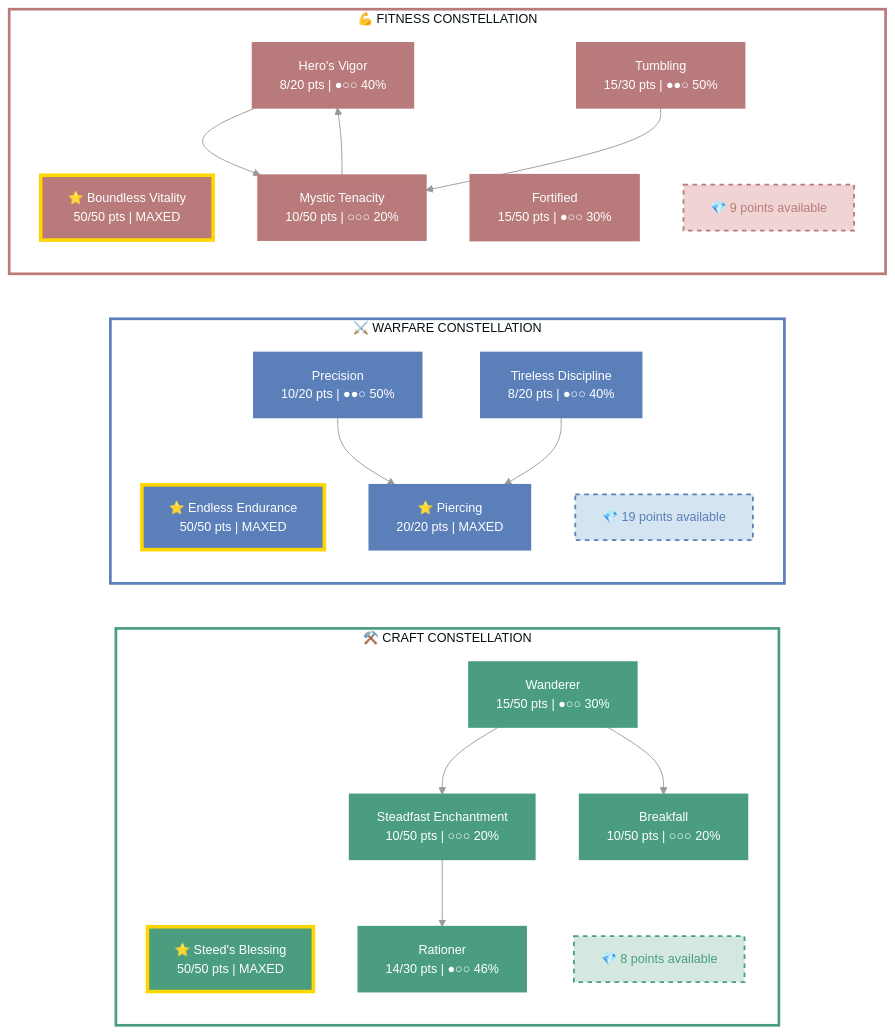
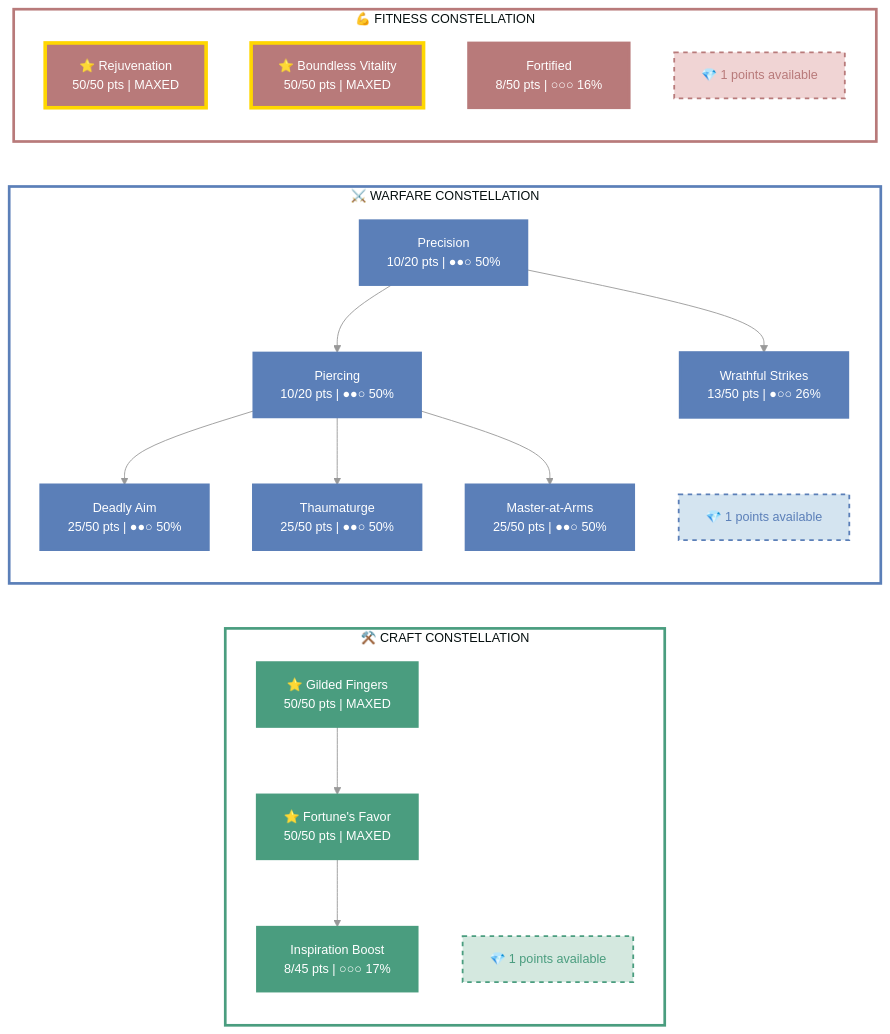
Before and after one commit to solaegis/CharacterMarkdown: the first of 2 diagrams in examples/Siyah-ayi.md, drawn with Mermaid. The commit also changed other lines of this file and 20 other files, not shown here.

```diff
--- a/examples/Siyah-ayi.md
+++ b/examples/Siyah-ayi.md
@@ -312,81 +311,76 @@
   %% Enhanced readability with clear visual hierarchy
 
   %% ========================================
-  %% ⚒️ CRAFT CONSTELLATION (99/564 pts)
+  %% ⚒️ CRAFT CONSTELLATION (108/564 pts)
   %% ========================================
 
   subgraph subCRAFT["⚒️ CRAFT CONSTELLATION"]
 
-    C_SteedsBlessing["⭐ Steed's Blessing<br/>50/50 pts | MAXED"]
-    style C_SteedsBlessing fill:#4a9d7f,stroke:#ffd700,stroke-width:4px,color:#fff
-    C_Wanderer["Wanderer<br/>15/50 pts | ●○○ 30%"]
-    style C_Wanderer fill:#4a9d7f,stroke:#4a9d7f,stroke-width:2px,color:#fff
-    C_Rationer["Rationer<br/>14/30 pts | ●○○ 46%"]
-    style C_Rationer fill:#4a9d7f,stroke:#4a9d7f,stroke-width:2px,color:#fff
-    C_SteadfastEnchantment["Steadfast Enchantment<br/>10/50 pts | ○○○ 20%"]
-    style C_SteadfastEnchantment fill:#4a9d7f,stroke:#4a9d7f,stroke-width:2px,color:#fff
-    C_Breakfall["Breakfall<br/>10/50 pts | ○○○ 20%"]
-    style C_Breakfall fill:#4a9d7f,stroke:#4a9d7f,stroke-width:2px,color:#fff
+    C_FortunesFavor["⭐ Fortune's Favor<br/>50/50 pts | MAXED"]
+    style C_FortunesFavor fill:#4a9d7f,stroke:#4a9d7f,stroke-width:2px,color:#fff
+    C_GildedFingers["⭐ Gilded Fingers<br/>50/50 pts | MAXED"]
+    style C_GildedFingers fill:#4a9d7f,stroke:#4a9d7f,stroke-width:2px,color:#fff
+    C_InspirationBoost["Inspiration Boost<br/>8/45 pts | ○○○ 17%"]
+    style C_InspirationBoost fill:#4a9d7f,stroke:#4a9d7f,stroke-width:2px,color:#fff
 
     %% Connections
-    C_SteadfastEnchantment --> C_Rationer
-    C_Wanderer --> C_SteadfastEnchantment
-    C_Wanderer --> C_Breakfall
+    C_GildedFingers --> C_FortunesFavor
+    C_FortunesFavor --> C_InspirationBoost
 
-    CRAFT_AVAIL["💎 8 points available"]
+    CRAFT_AVAIL["💎 1 points available"]
     style CRAFT_AVAIL fill:#d4e8df,stroke:#4a9d7f,stroke-width:2px,stroke-dasharray:5 5,color:#4a9d7f
 
   end
   style subCRAFT fill:transparent,stroke:#4a9d7f,stroke-width:3px
 
   %% ========================================
-  %% ⚔️ WARFARE CONSTELLATION (88/564 pts)
+  %% ⚔️ WARFARE CONSTELLATION (108/564 pts)
   %% ========================================
 
   subgraph subWARFARE["⚔️ WARFARE CONSTELLATION"]
 
-    W_EndlessEndurance["⭐ Endless Endurance<br/>50/50 pts | MAXED"]
-    style W_EndlessEndurance fill:#5b7fb8,stroke:#ffd700,stroke-width:4px,color:#fff
-    W_Piercing["⭐ Piercing<br/>20/20 pts | MAXED"]
-    style W_Piercing fill:#5b7fb8,stroke:#5b7fb8,stroke-width:2px,color:#fff
+    W_DeadlyAim["Deadly Aim<br/>25/50 pts | ●●○ 50%"]
+    style W_DeadlyAim fill:#5b7fb8,stroke:#5b7fb8,stroke-width:3px,color:#fff
+    W_Thaumaturge["Thaumaturge<br/>25/50 pts | ●●○ 50%"]
+    style W_Thaumaturge fill:#5b7fb8,stroke:#5b7fb8,stroke-width:3px,color:#fff
+    W_MasteratArms["Master-at-Arms<br/>25/50 pts | ●●○ 50%"]
+    style W_MasteratArms fill:#5b7fb8,stroke:#5b7fb8,stroke-width:3px,color:#fff
+    W_WrathfulStrikes["Wrathful Strikes<br/>13/50 pts | ●○○ 26%"]
+    style W_WrathfulStrikes fill:#5b7fb8,stroke:#5b7fb8,stroke-width:3px,color:#fff
     W_Precision["Precision<br/>10/20 pts | ●●○ 50%"]
     style W_Precision fill:#5b7fb8,stroke:#5b7fb8,stroke-width:2px,color:#fff
-    W_TirelessDiscipline["Tireless Discipline<br/>8/20 pts | ●○○ 40%"]
-    style W_TirelessDiscipline fill:#5b7fb8,stroke:#5b7fb8,stroke-width:2px,color:#fff
+    W_Piercing["Piercing<br/>10/20 pts | ●●○ 50%"]
+    style W_Piercing fill:#5b7fb8,stroke:#5b7fb8,stroke-width:2px,color:#fff
 
     %% Connections
+    W_Piercing --> W_DeadlyAim
+    W_Piercing --> W_Thaumaturge
+    W_Piercing --> W_MasteratArms
+    W_Precision --> W_WrathfulStrikes
     W_Precision --> W_Piercing
-    W_TirelessDiscipline --> W_Piercing
 
-    WARFARE_AVAIL["💎 19 points available"]
+    WARFARE_AVAIL["💎 1 points available"]
     style WARFARE_AVAIL fill:#d4e4f0,stroke:#5b7fb8,stroke-width:2px,stroke-dasharray:5 5,color:#5b7fb8
 
   end
   style subWARFARE fill:transparent,stroke:#5b7fb8,stroke-width:3px
 
   %% ========================================
-  %% 💪 FITNESS CONSTELLATION (98/564 pts)
+  %% 💪 FITNESS CONSTELLATION (108/564 pts)
   %% ========================================
 
   subgraph subFITNESS["💪 FITNESS CONSTELLATION"]
 
+    F_Rejuvenation["⭐ Rejuvenation<br/>50/50 pts | MAXED"]
+    style F_Rejuvenation fill:#b87a7a,stroke:#ffd700,stroke-width:4px,color:#fff
     F_BoundlessVitality["⭐ Boundless Vitality<br/>50/50 pts | MAXED"]
     style F_BoundlessVitality fill:#b87a7a,stroke:#ffd700,stroke-width:4px,color:#fff
-    F_Fortified["Fortified<br/>15/50 pts | ●○○ 30%"]
+    F_Fortified["Fortified<br/>8/50 pts | ○○○ 16%"]
     style F_Fortified fill:#b87a7a,stroke:#b87a7a,stroke-width:3px,color:#fff
-    F_Tumbling["Tumbling<br/>15/30 pts | ●●○ 50%"]
-    style F_Tumbling fill:#b87a7a,stroke:#b87a7a,stroke-width:2px,color:#fff
-    F_MysticTenacity["Mystic Tenacity<br/>10/50 pts | ○○○ 20%"]
-    style F_MysticTenacity fill:#b87a7a,stroke:#b87a7a,stroke-width:2px,color:#fff
-    F_HerosVigor["Hero's Vigor<br/>8/20 pts | ●○○ 40%"]
-    style F_HerosVigor fill:#b87a7a,stroke:#b87a7a,stroke-width:2px,color:#fff
 
     %% Connections
-    F_HerosVigor --> F_MysticTenacity
-    F_Tumbling --> F_MysticTenacity
-    F_MysticTenacity --> F_HerosVigor
 
-    FITNESS_AVAIL["💎 9 points available"]
+    FITNESS_AVAIL["💎 1 points available"]
     style FITNESS_AVAIL fill:#f0d4d4,stroke:#b87a7a,stroke-width:2px,stroke-dasharray:5 5,color:#b87a7a
 
   end
```
